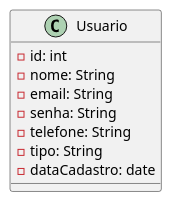
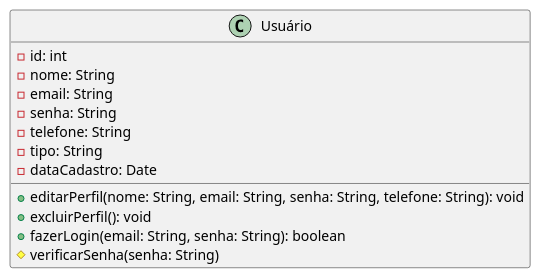
The diagram in classes.md (guilhermeoliveirateo/sistema-compra-venda-veiculos), drawn with PlantUML before and after one commit.

````diff
--- a/classes.md
+++ b/classes.md
@@ -9,17 +9,21 @@
 ``` plantuml
 @startuml 
 
-class Usuario {
+class Usuário {
 -id: int
 -nome: String
 -email: String
 -senha: String
 -telefone: String
 -tipo: String
--dataCadastro: date
+-dataCadastro: Date
 
++editarPerfil(nome: String, email: String, senha: String, telefone: String): void
++excluirPerfil(): void
++fazerLogin(email: String, senha: String): boolean
+#verificarSenha(senha: String)
 
 }
  
 @enduml
 ```
````
